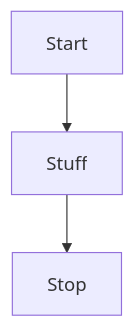
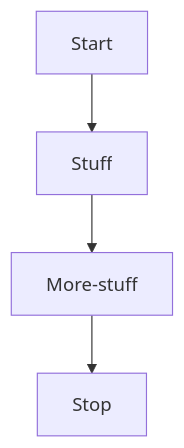
One commit to neenjaw/heartbeast-action-rpg-series changed the diagram in docs/index.md. Above: the diagram before and after it, drawn with Mermaid. The commit also changed other lines of this file, not shown here.

Commit message:
Add some more stuff

````diff
--- a/docs/index.md
+++ b/docs/index.md
@@ -5,4 +3,4 @@
 ```mermaid
 graph TD
-	Start --> Stuff --> Stop
+	Start --> Stuff --> More-stuff --> Stop
 ```
````
